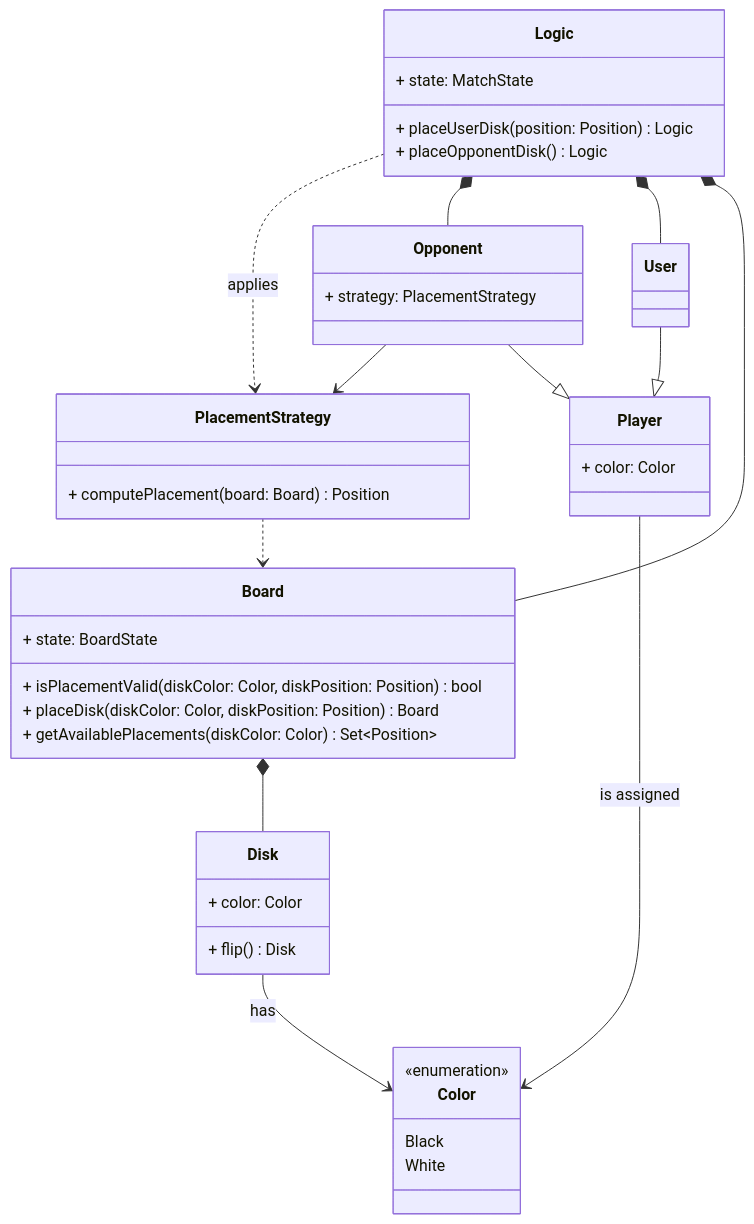
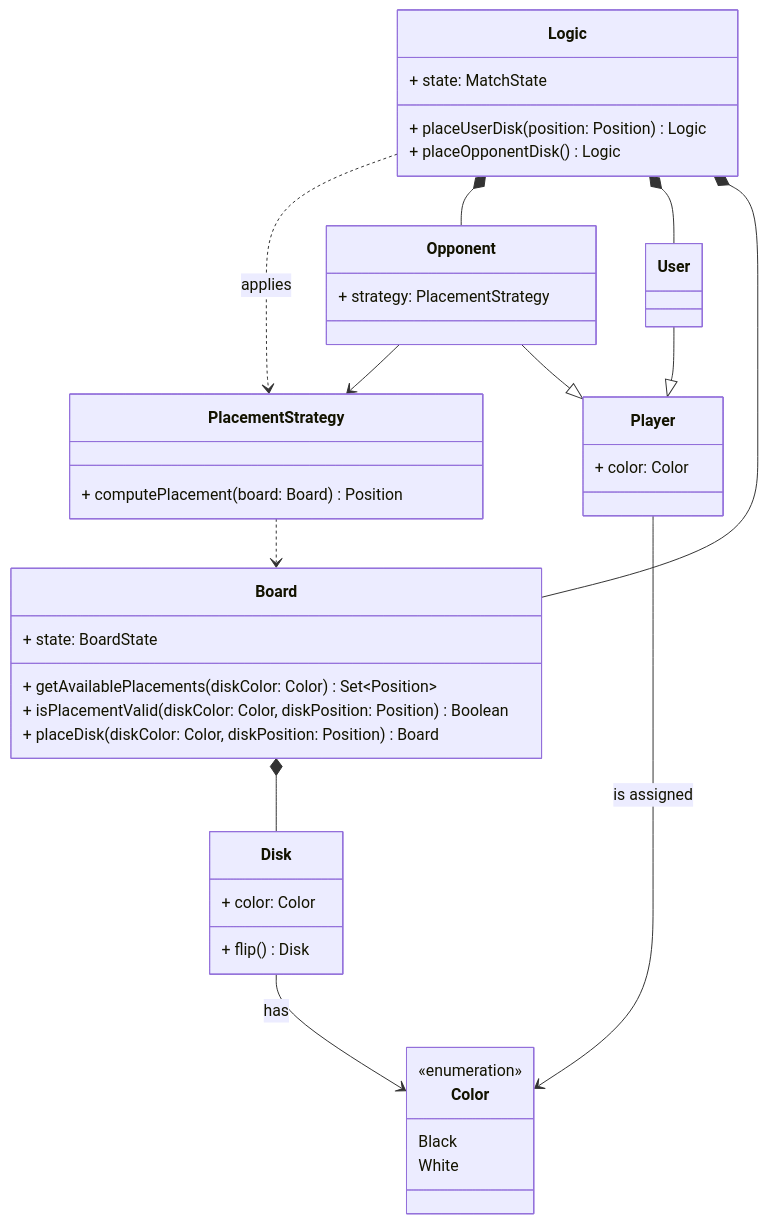
One commit to Borgotto/PPS-25-scalatello changed the first of 14 diagrams in docs/report/4-detailed-design.md. Above: the diagram before and after it, drawn with Mermaid. The commit also changed other lines of this file and 10 other files, not shown here.

````diff
--- a/docs/report/4-detailed-design.md
+++ b/docs/report/4-detailed-design.md
@@ -9,46 +9,46 @@
 ```mermaid
 classDiagram
   class Logic {
     + state: MatchState
     + placeUserDisk(position: Position) Logic
     + placeOpponentDisk() Logic
   }
   class PlacementStrategy {
     + computePlacement(board: Board) Position
   }
   class Opponent {
     + strategy: PlacementStrategy
   }
   class User
   class Board {
     + state: BoardState
-    + isPlacementValid(diskColor: Color, diskPosition: Position) bool
+    + getAvailablePlacements(diskColor: Color) Set~Position~
+    + isPlacementValid(diskColor: Color, diskPosition: Position) Boolean
     + placeDisk(diskColor: Color, diskPosition: Position) Board
-    + getAvailablePlacements(diskColor: Color) Set~Position~
   }
   class Disk {
     + color: Color
     + flip() Disk
   }
   class Color {
     <<enumeration>>
     Black
     White
   }
   class Player {
     + color: Color
   }
 
   Logic ..> PlacementStrategy: applies
   Logic *-- Opponent
   Logic *-- User
   Logic *-- Board
 
   Opponent --> PlacementStrategy
   Opponent --|> Player
   User --|> Player
   Player --> Color: is assigned
   PlacementStrategy ..> Board
   Board *-- Disk
   Disk --> Color: has
 ```
````
